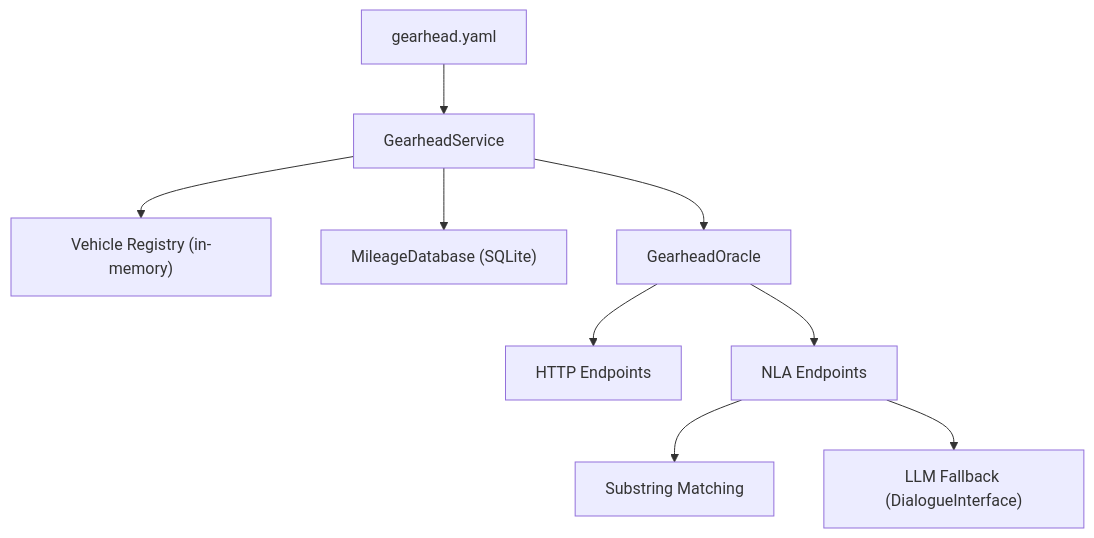
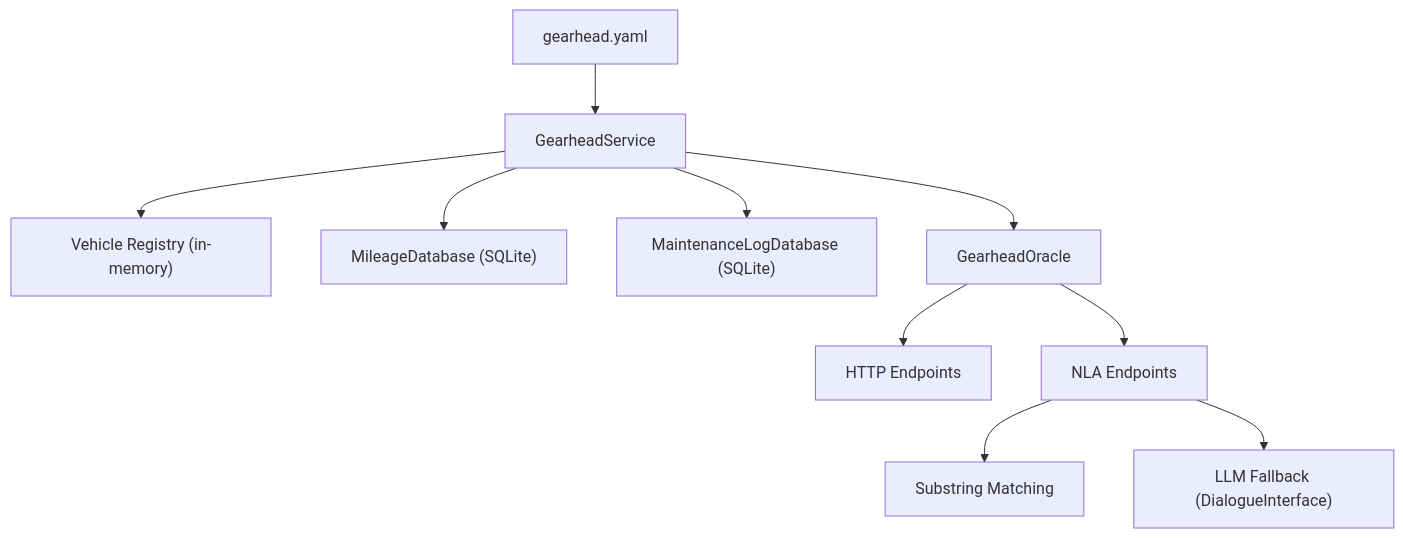
One commit to cwshugg/dimrod changed the diagram in docs/services/gearhead.md. Above: the diagram before and after it, drawn with Mermaid. The commit also changed other lines of this file and 18 other files, not shown here.

````diff
--- a/docs/services/gearhead.md
+++ b/docs/services/gearhead.md
@@ -21,11 +22,12 @@
 ```mermaid
 graph TD
     Config["gearhead.yaml"] --> Service["GearheadService"]
     Service --> Vehicles["Vehicle Registry (in-memory)"]
     Service --> MDB["MileageDatabase (SQLite)"]
+    Service --> MLDB["MaintenanceLogDatabase (SQLite)"]
     Service --> Oracle["GearheadOracle"]
     Oracle --> HTTP["HTTP Endpoints"]
     Oracle --> NLA["NLA Endpoints"]
     NLA --> SubMatch["Substring Matching"]
     NLA --> LLM["LLM Fallback (DialogueInterface)"]
 ```
````
